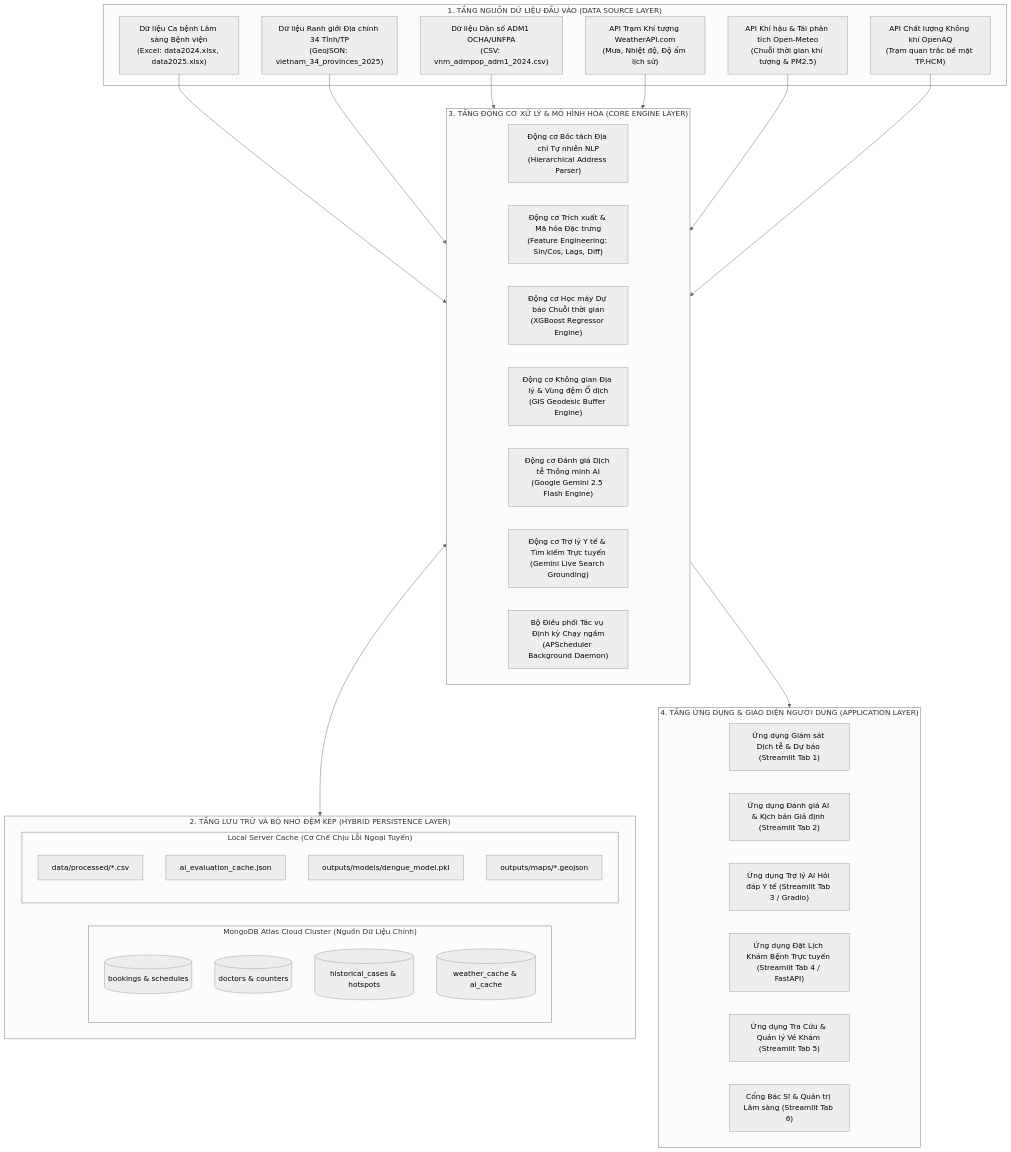
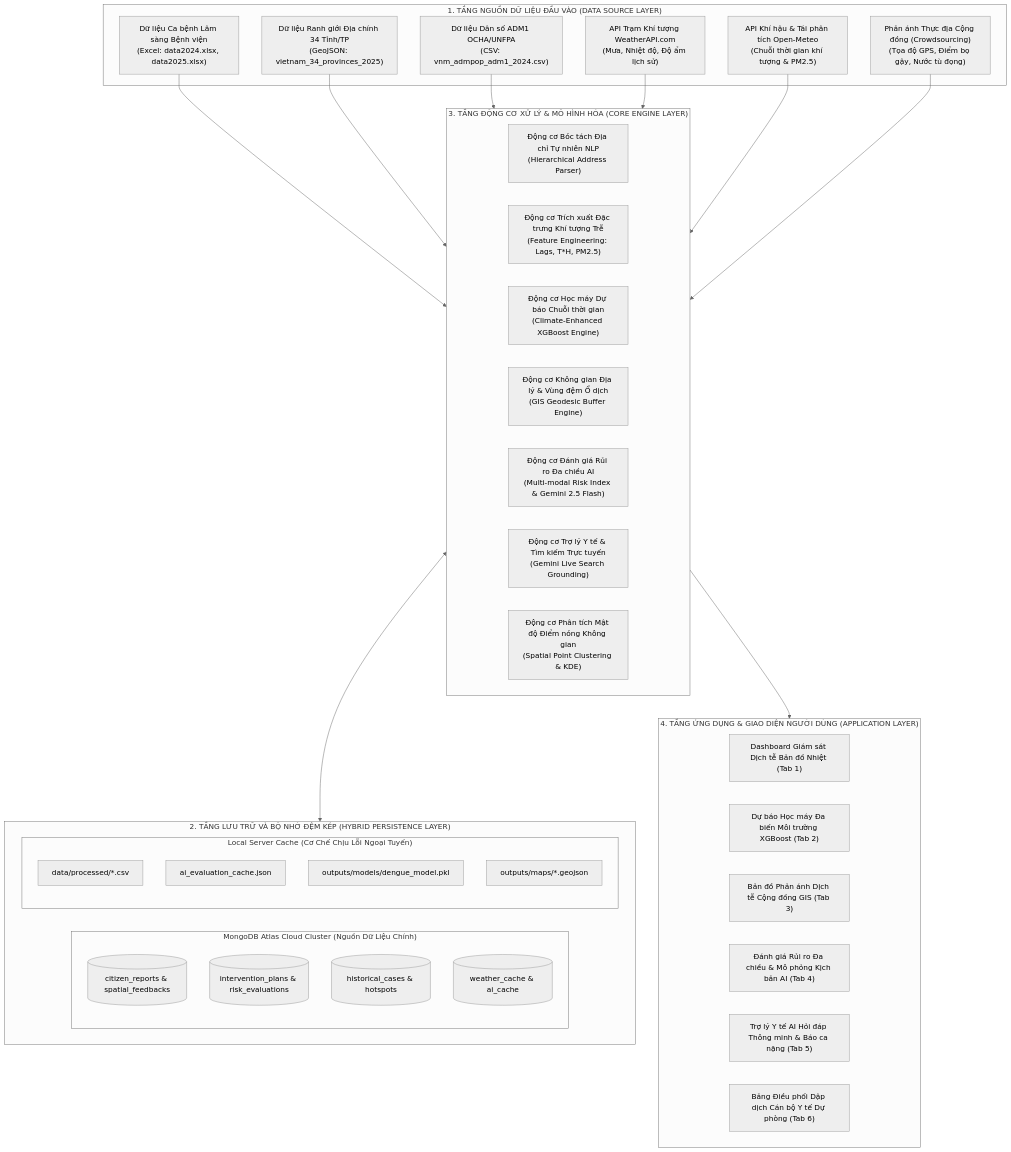
Before and after one commit to VanderSpeare/dengue-prediction: the first of 26 diagrams in README.md, drawn with Mermaid (neutral theme). The commit also changed other lines of this file and 25 other files, not shown here.

````diff
--- a/README.md
+++ b/README.md
@@ -434,49 +364,49 @@
 ```mermaid
 flowchart TB
     subgraph L1 ["1. TẦNG NGUỒN DỮ LIỆU ĐẦU VÀO (DATA SOURCE LAYER)"]
         D1["Dữ liệu Ca bệnh Lâm sàng Bệnh viện<br/>(Excel: data2024.xlsx, data2025.xlsx)"]
         D2["Dữ liệu Ranh giới Địa chính 34 Tỉnh/TP<br/>(GeoJSON: vietnam_34_provinces_2025)"]
         D3["Dữ liệu Dân số ADM1 OCHA/UNFPA<br/>(CSV: vnm_admpop_adm1_2024.csv)"]
         D4["API Trạm Khí tượng WeatherAPI.com<br/>(Mưa, Nhiệt độ, Độ ẩm lịch sử)"]
         D5["API Khí hậu & Tái phân tích Open-Meteo<br/>(Chuỗi thời gian khí tượng & PM2.5)"]
-        D6["API Chất lượng Không khí OpenAQ<br/>(Trạm quan trắc bề mặt TP.HCM)"]
+        D6["Phản ánh Thực địa Cộng đồng (Crowdsourcing)<br/>(Tọa độ GPS, Điểm bọ gậy, Nước tù đọng)"]
     end
 
     subgraph L2 ["2. TẦNG LƯU TRỮ VÀ BỘ NHỚ ĐỆM KÉP (HYBRID PERSISTENCE LAYER)"]
         subgraph L2_Cloud ["MongoDB Atlas Cloud Cluster (Nguồn Dữ Liệu Chính)"]
-            MC1[("bookings & schedules")]
-            MC2[("doctors & counters")]
+            MC1[("citizen_reports & spatial_feedbacks")]
+            MC2[("intervention_plans & risk_evaluations")]
             MC3[("historical_cases & hotspots")]
             MC4[("weather_cache & ai_cache")]
         end
         subgraph L2_Local ["Local Server Cache (Cơ Chế Chịu Lỗi Ngoại Tuyến)"]
             LC1["data/processed/*.csv"]
             LC2["ai_evaluation_cache.json"]
             LC3["outputs/models/dengue_model.pkl"]
             LC4["outputs/maps/*.geojson"]
         end
     end
 
     subgraph L3 ["3. TẦNG ĐỘNG CƠ XỬ LÝ & MÔ HÌNH HÓA (CORE ENGINE LAYER)"]
         E1["Động cơ Bóc tách Địa chỉ Tự nhiên NLP<br/>(Hierarchical Address Parser)"]
-        E2["Động cơ Trích xuất & Mã hóa Đặc trưng<br/>(Feature Engineering: Sin/Cos, Lags, Diff)"]
-        E3["Động cơ Học máy Dự báo Chuỗi thời gian<br/>(XGBoost Regressor Engine)"]
+        E2["Động cơ Trích xuất Đặc trưng Khí tượng Trễ<br/>(Feature Engineering: Lags, T*H, PM2.5)"]
+        E3["Động cơ Học máy Dự báo Chuỗi thời gian<br/>(Climate-Enhanced XGBoost Engine)"]
         E4["Động cơ Không gian Địa lý & Vùng đệm Ổ dịch<br/>(GIS Geodesic Buffer Engine)"]
-        E5["Động cơ Đánh giá Dịch tễ Thông minh AI<br/>(Google Gemini 2.5 Flash Engine)"]
+        E5["Động cơ Đánh giá Rủi ro Đa chiều AI<br/>(Multi-modal Risk Index & Gemini 2.5 Flash)"]
         E6["Động cơ Trợ lý Y tế & Tìm kiếm Trực tuyến<br/>(Gemini Live Search Grounding)"]
-        E7["Bộ Điều phối Tác vụ Định kỳ Chạy ngầm<br/>(APScheduler Background Daemon)"]
+        E7["Động cơ Phân tích Mật độ Điểm nóng Không gian<br/>(Spatial Point Clustering & KDE)"]
     end
 
     subgraph L4 ["4. TẦNG ỨNG DỤNG & GIAO DIỆN NGƯỜI DÙNG (APPLICATION LAYER)"]
-        A1["Ứng dụng Giám sát Dịch tễ & Dự báo (Streamlit Tab 1)"]
-        A2["Ứng dụng Đánh giá AI & Kịch bản Giả định (Streamlit Tab 2)"]
-        A3["Ứng dụng Trợ lý AI Hỏi đáp Y tế (Streamlit Tab 3 / Gradio)"]
-        A4["Ứng dụng Đặt Lịch Khám Bệnh Trực tuyến (Streamlit Tab 4 / FastAPI)"]
-        A5["Ứng dụng Tra Cứu & Quản lý Vé Khám (Streamlit Tab 5)"]
-        A6["Cổng Bác Sĩ & Quản trị Lâm sàng (Streamlit Tab 6)"]
+        A1["Dashboard Giám sát Dịch tễ Bản đồ Nhiệt (Tab 1)"]
+        A2["Dự báo Học máy Đa biến Môi trường XGBoost (Tab 2)"]
+        A3["Bản đồ Phản ánh Dịch tễ Cộng đồng GIS (Tab 3)"]
+        A4["Đánh giá Rủi ro Đa chiều & Mô phỏng Kịch bản AI (Tab 4)"]
+        A5["Trợ lý Y tế AI Hỏi đáp Thông minh & Báo ca nặng (Tab 5)"]
+        A6["Bảng Điều phối Dập dịch Cán bộ Y tế Dự phòng (Tab 6)"]
     end
 
     D1 & D2 & D3 & D4 & D5 & D6 --> L3
     L3 <--> L2
     L3 --> L4
 ```
````
